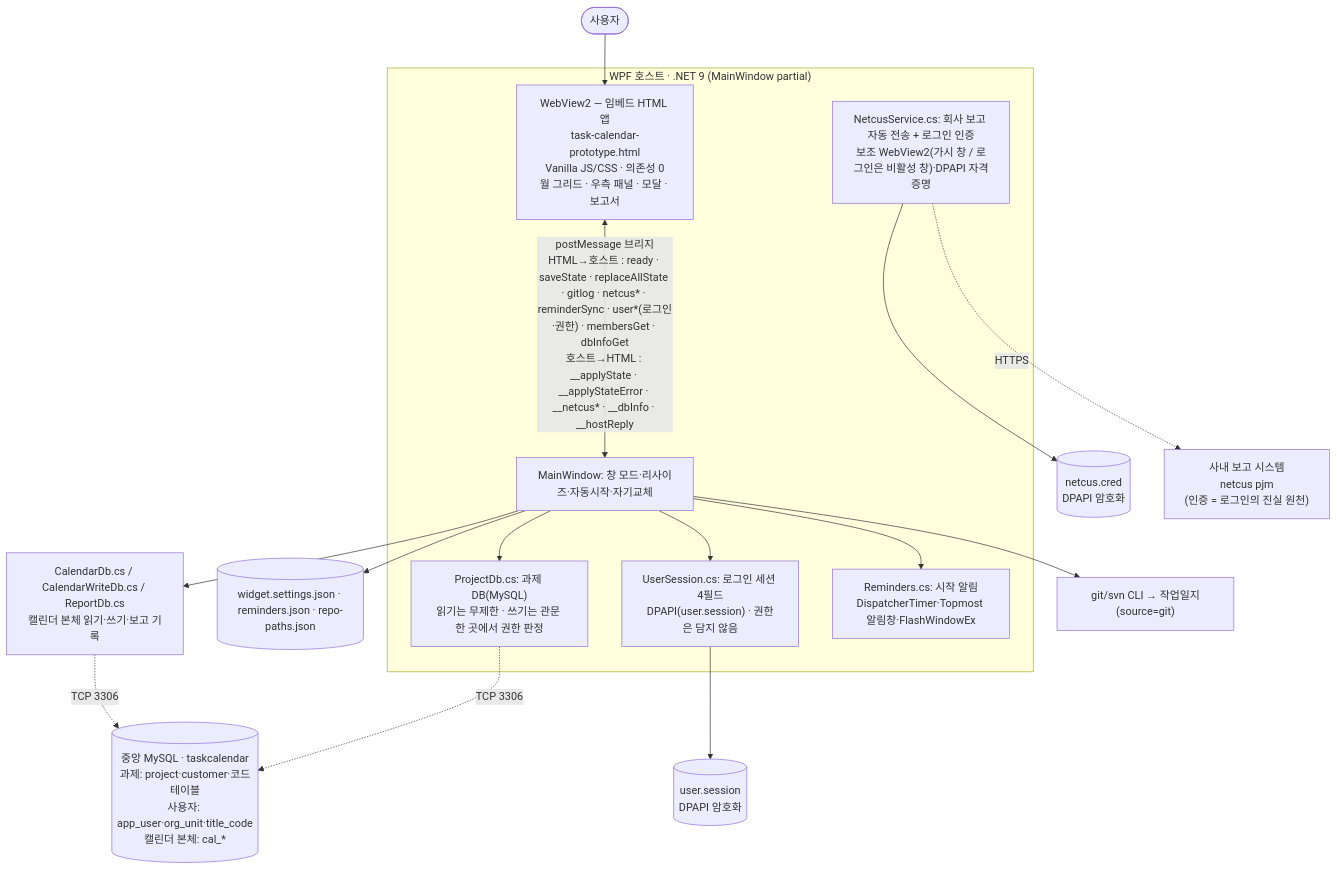
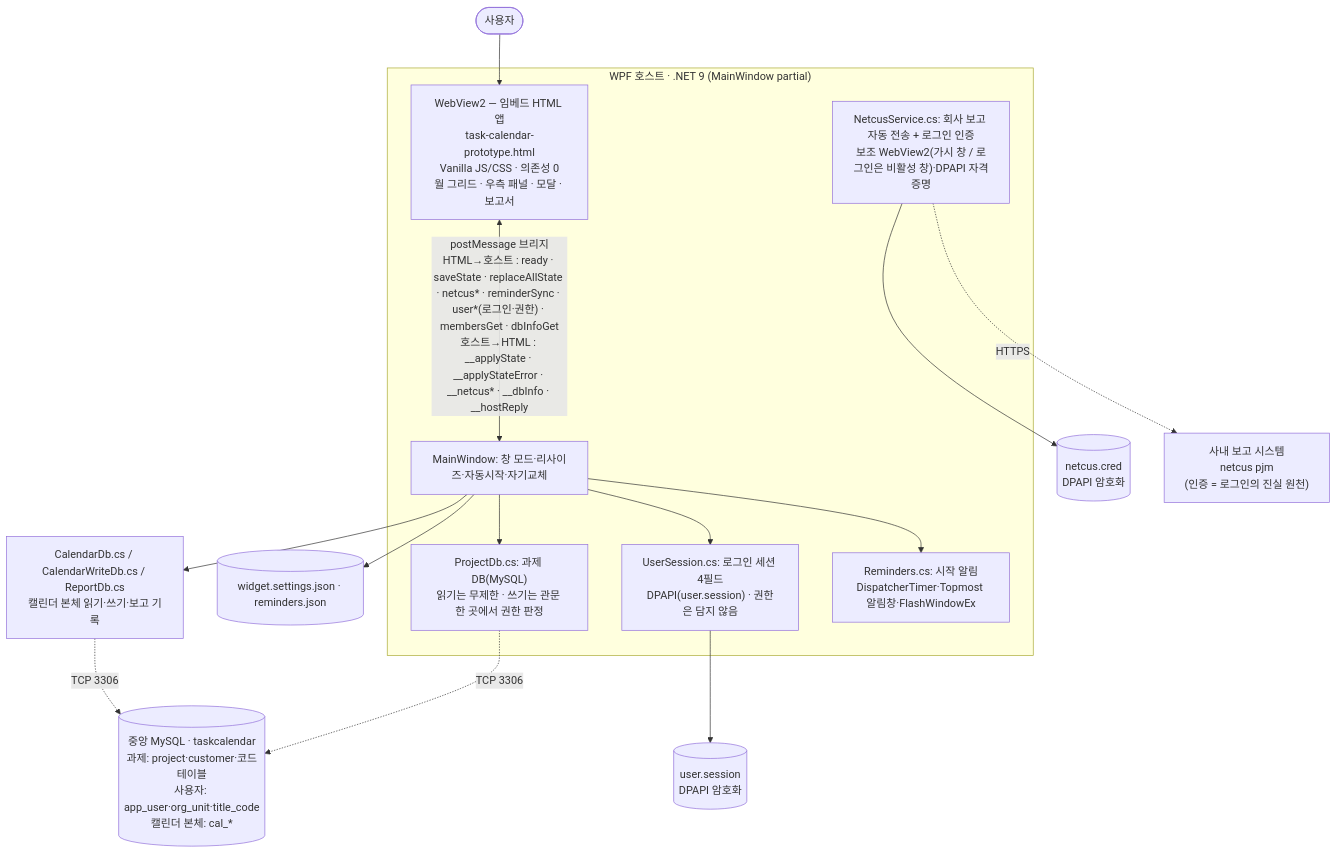
The diagram in README.md (Peace-Min/task-calendar), drawn with Mermaid before and after one commit. The commit also changed other lines of this file and 28 other files, not shown here.

Commit message:
docs(remove-git): Git, SVN 삭제를 문서와 위키에 반영(지운 기능 쪽, 결정 7, DB 구조 18, 스키마 보고서 재생성)

````diff
--- a/README.md
+++ b/README.md
@@ -185,25 +183,24 @@
 ```mermaid
 flowchart TB
   user(["사용자"])
   subgraph host["WPF 호스트 · .NET 9 (MainWindow partial)"]
     app["WebView2 — 임베드 HTML 앱<br/>task-calendar-prototype.html<br/>Vanilla JS/CSS · 의존성 0<br/>월 그리드 · 우측 패널 · 모달 · 보고서"]
     hostfn["MainWindow: 창 모드·리사이즈·자동시작·자기교체"]
     netcus["NetcusService.cs: 회사 보고 자동 전송 + 로그인 인증<br/>보조 WebView2(가시 창 / 로그인은 비활성 창)·DPAPI 자격증명"]
     rem["Reminders.cs: 시작 알림<br/>DispatcherTimer·Topmost 알림창·FlashWindowEx"]
     db["ProjectDb.cs: 과제 DB(MySQL)<br/>읽기는 무제한 · 쓰기는 관문 한 곳에서 권한 판정"]
     sess["UserSession.cs: 로그인 세션 4필드<br/>DPAPI(user.session) · 권한은 담지 않음"]
   end
   user --> app
-  app <-->|"postMessage 브리지<br/>HTML→호스트 : ready · saveState · replaceAllState · gitlog · netcus* · reminderSync · user*(로그인·권한) · membersGet · dbInfoGet<br/>호스트→HTML : __applyState · __applyStateError · __netcus* · __dbInfo · __hostReply"| hostfn
+  app <-->|"postMessage 브리지<br/>HTML→호스트 : ready · saveState · replaceAllState · netcus* · reminderSync · user*(로그인·권한) · membersGet · dbInfoGet<br/>호스트→HTML : __applyState · __applyStateError · __netcus* · __dbInfo · __hostReply"| hostfn
   hostfn --> caldb["CalendarDb.cs / CalendarWriteDb.cs / ReportDb.cs<br/>캘린더 본체 읽기·쓰기·보고 기록"]
-  hostfn --> cfg[("widget.settings.json · reminders.json · repo-paths.json")]
+  hostfn --> cfg[("widget.settings.json · reminders.json")]
   netcus --> cred[("netcus.cred<br/>DPAPI 암호화")]
   netcus -.HTTPS.-> pjm["사내 보고 시스템<br/>netcus pjm<br/>(인증 = 로그인의 진실 원천)"]
   sess --> ses[("user.session<br/>DPAPI 암호화")]
   hostfn --> db
   hostfn --> sess
   hostfn --> rem
   db -.TCP 3306.-> mysql[("중앙 MySQL · taskcalendar<br/>과제: project·customer·코드테이블<br/>사용자: app_user·org_unit·title_code<br/>캘린더 본체: cal_*")]
   caldb -.TCP 3306.-> mysql
-  hostfn --> git["git/svn CLI → 작업일지(source=git)"]
 ```
````
